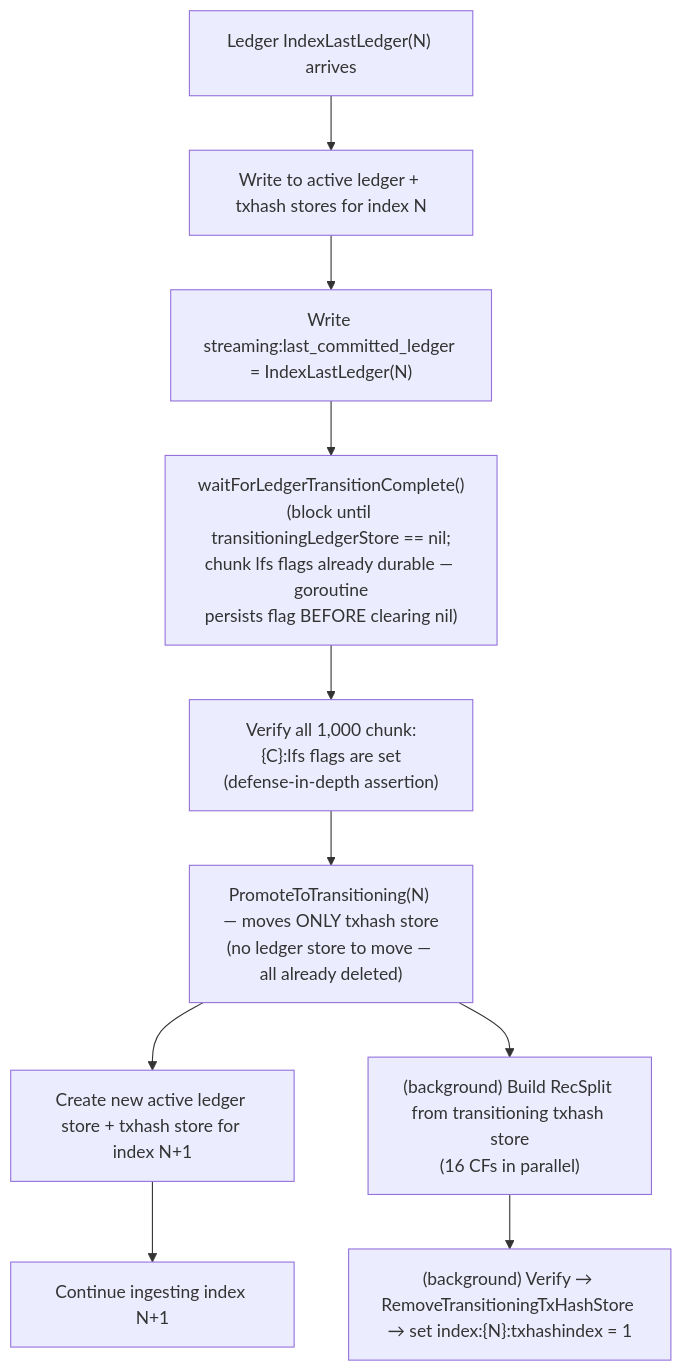
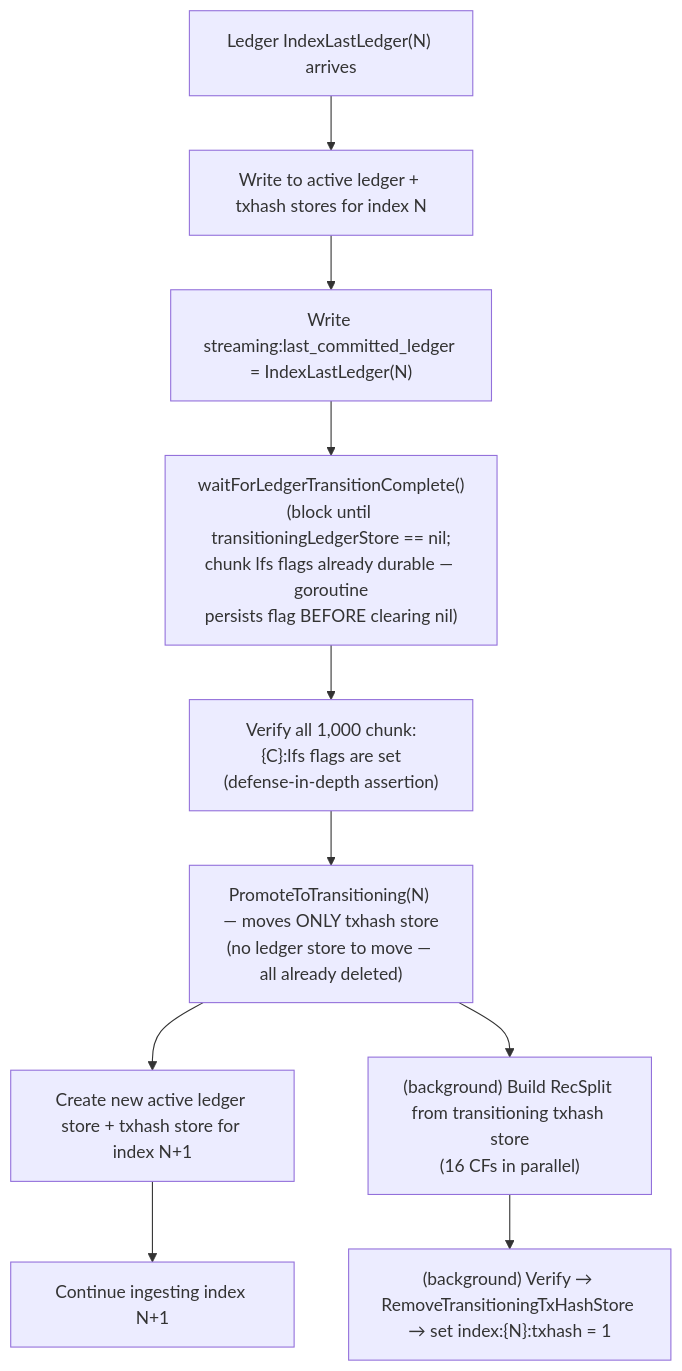
The first of 2 diagrams in full-history/design-docs/11-checkpointing-and-transitions.md (stellar/stellar-rpc), drawn with Mermaid before and after one commit. The commit also changed other lines of this file and 34 other files, not shown here.

Commit message:
refactor: align with PR #617 review — index:%010d:txhash key, chunks_per_txhash_index config

````diff
--- a/full-history/design-docs/11-checkpointing-and-transitions.md
+++ b/full-history/design-docs/11-checkpointing-and-transitions.md
@@ -214,12 +214,12 @@
 ```mermaid
 flowchart TD
     A["Ledger IndexLastLedger(N) arrives"] --> B["Write to active ledger + txhash stores for index N"]
     B --> C["Write streaming:last_committed_ledger = IndexLastLedger(N)"]
     C --> W["waitForLedgerTransitionComplete()\n(block until transitioningLedgerStore == nil;\nchunk lfs flags already durable — goroutine\npersists flag BEFORE clearing nil)"]
     W --> V["Verify all 1,000 chunk:{C}:lfs flags are set\n(defense-in-depth assertion)"]
     V --> P["PromoteToTransitioning(N) — moves ONLY txhash store\n(no ledger store to move — all already deleted)"]
     P --> F["Create new active ledger store + txhash store for index N+1"]
     F --> H["Continue ingesting index N+1"]
     P --> R["(background) Build RecSplit from transitioning txhash store\n(16 CFs in parallel)"]
-    R --> K["(background) Verify → RemoveTransitioningTxHashStore → set index:{N}:txhashindex = 1"]
+    R --> K["(background) Verify → RemoveTransitioningTxHashStore → set index:{N}:txhash = 1"]
 ```
````
